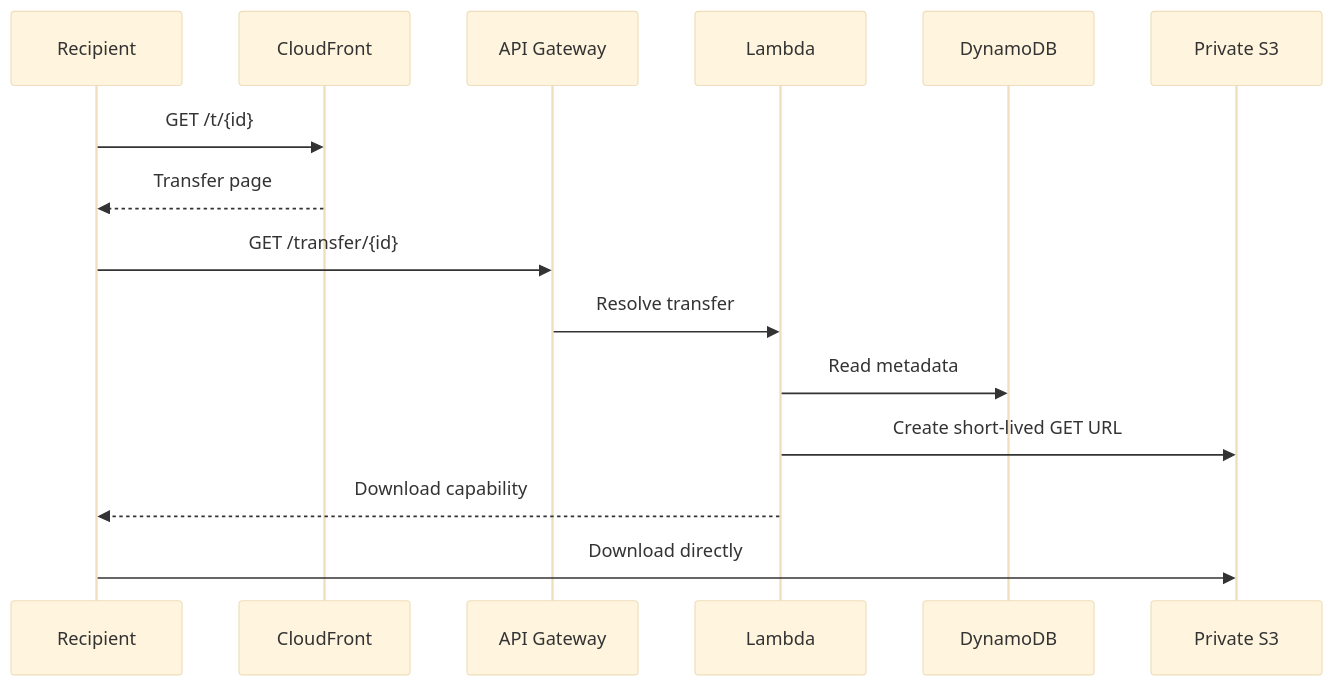
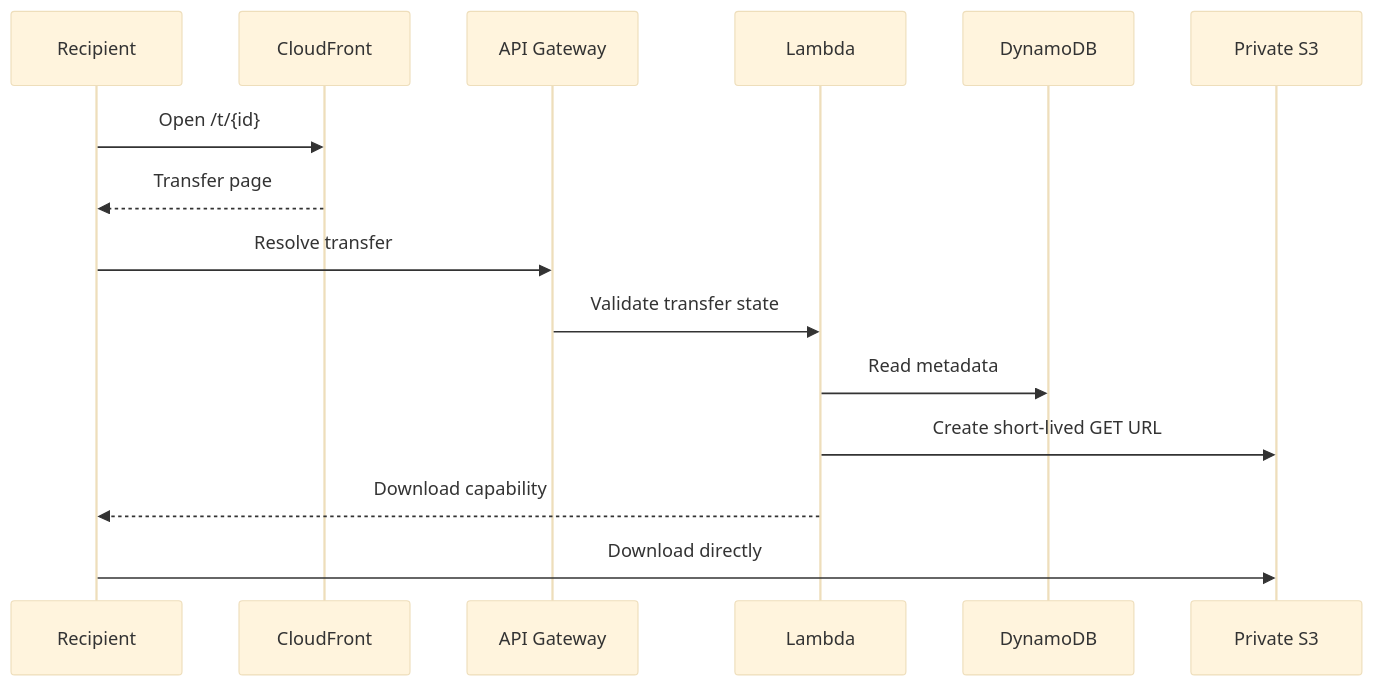
One commit to Ibad84671/cloud-drop changed the third of 3 diagrams in README.md. Above: the diagram before and after it, drawn with Mermaid (base theme). The commit also changed other lines of this file, not shown here.

````diff
--- a/README.md
+++ b/README.md
@@ -144,18 +133,18 @@
 ```mermaid
 sequenceDiagram
     participant R as Recipient
     participant CF as CloudFront
     participant A as API Gateway
     participant L as Lambda
     participant D as DynamoDB
     participant S as Private S3
 
-    R->>CF: GET /t/{id}
+    R->>CF: Open /t/{id}
     CF-->>R: Transfer page
-    R->>A: GET /transfer/{id}
-    A->>L: Resolve transfer
+    R->>A: Resolve transfer
+    A->>L: Validate transfer state
     L->>D: Read metadata
     L->>S: Create short-lived GET URL
     L-->>R: Download capability
     R->>S: Download directly
 ```
````
